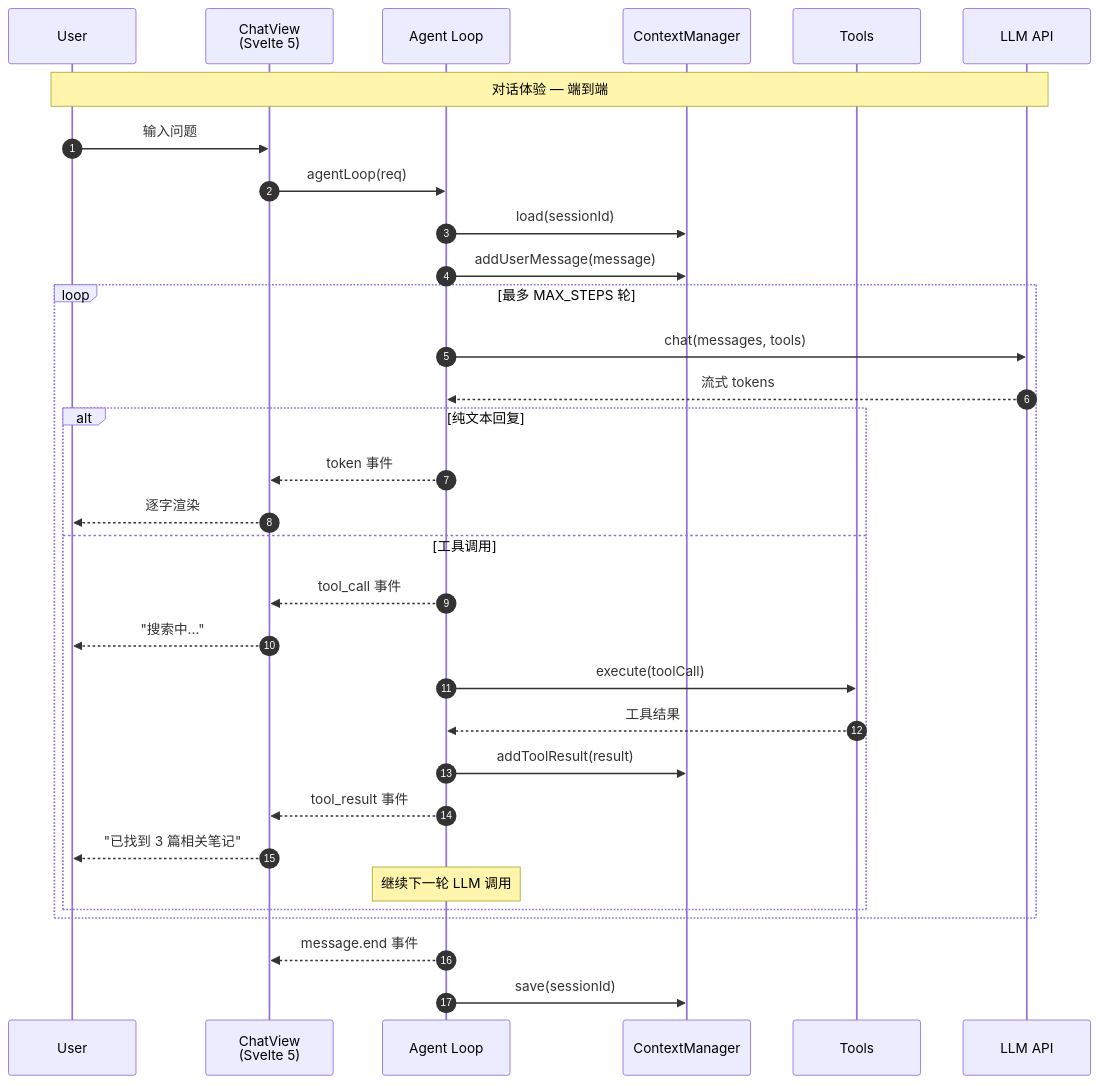
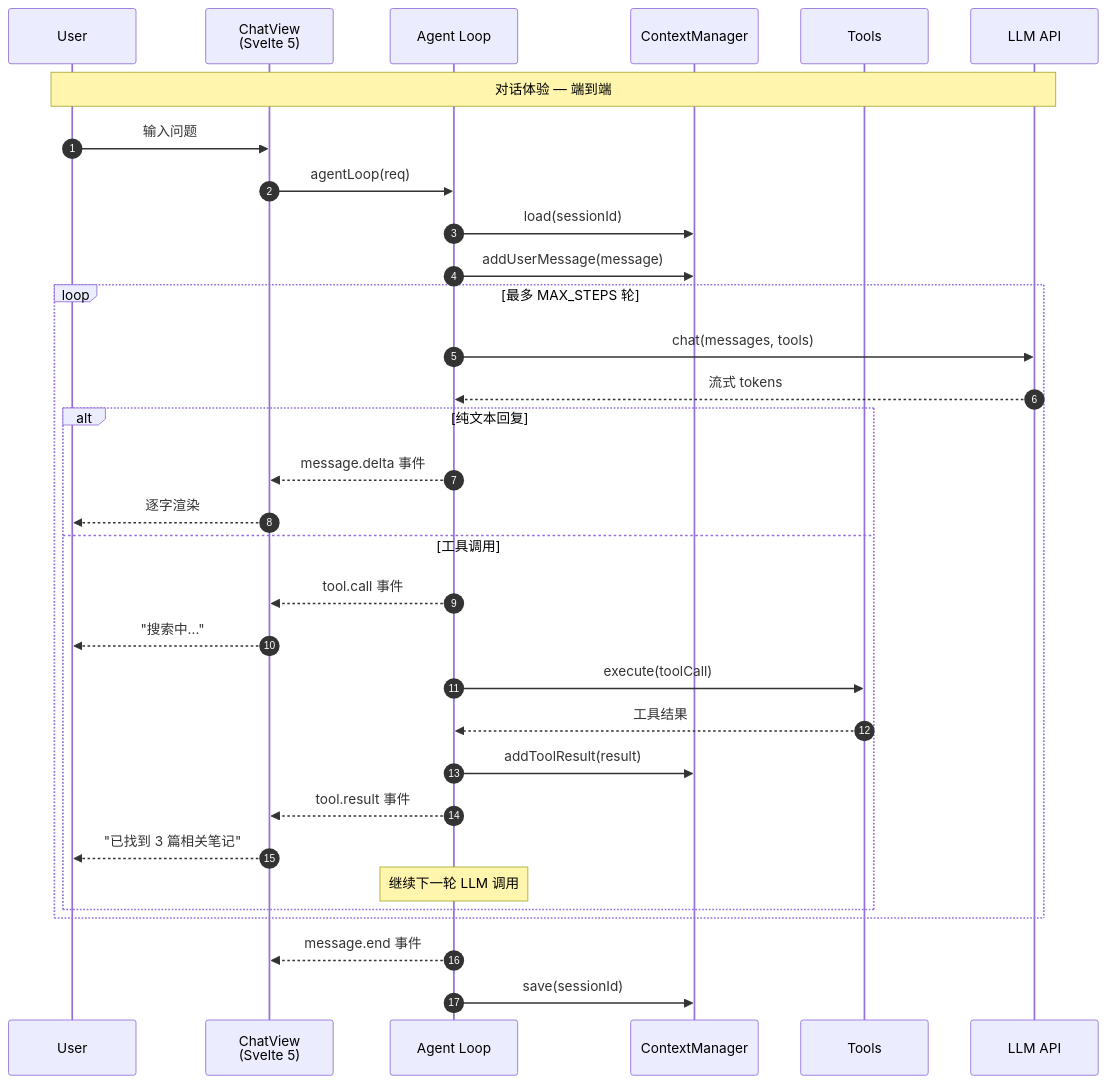
One commit to golddream-y/obsidian-ratel changed the first of 5 diagrams in docs/architecture/agent/chat.md. Above: the diagram before and after it, drawn with Mermaid. The commit also changed other lines of this file and 3 other files, not shown here.

First line of the commit message:
docs(architecture): 对齐事件名/字段名 + 更新执行边界表

````diff
--- a/docs/architecture/agent/chat.md
+++ b/docs/architecture/agent/chat.md
@@ -49,39 +49,39 @@
 ```mermaid
 sequenceDiagram
     autonumber
     participant U as User
     participant CV as ChatView<br/>(Svelte 5)
     participant AL as Agent Loop
     participant CTX as ContextManager
     participant TL as Tools
     participant LLM as LLM API
 
     Note over U,LLM: 对话体验 — 端到端
 
     U->>CV: 输入问题
     CV->>AL: agentLoop(req)
     AL->>CTX: load(sessionId)
     AL->>CTX: addUserMessage(message)
 
     loop 最多 MAX_STEPS 轮
         AL->>LLM: chat(messages, tools)
         LLM-->>AL: 流式 tokens
 
         alt 纯文本回复
-            AL-->>CV: token 事件
+            AL-->>CV: message.delta 事件
             CV-->>U: 逐字渲染
         else 工具调用
-            AL-->>CV: tool_call 事件
+            AL-->>CV: tool.call 事件
             CV-->>U: "搜索中..."
             AL->>TL: execute(toolCall)
             TL-->>AL: 工具结果
             AL->>CTX: addToolResult(result)
-            AL-->>CV: tool_result 事件
+            AL-->>CV: tool.result 事件
             CV-->>U: "已找到 3 篇相关笔记"
             Note over AL: 继续下一轮 LLM 调用
         end
     end
 
     AL-->>CV: message.end 事件
     AL->>CTX: save(sessionId)
 ```
````
